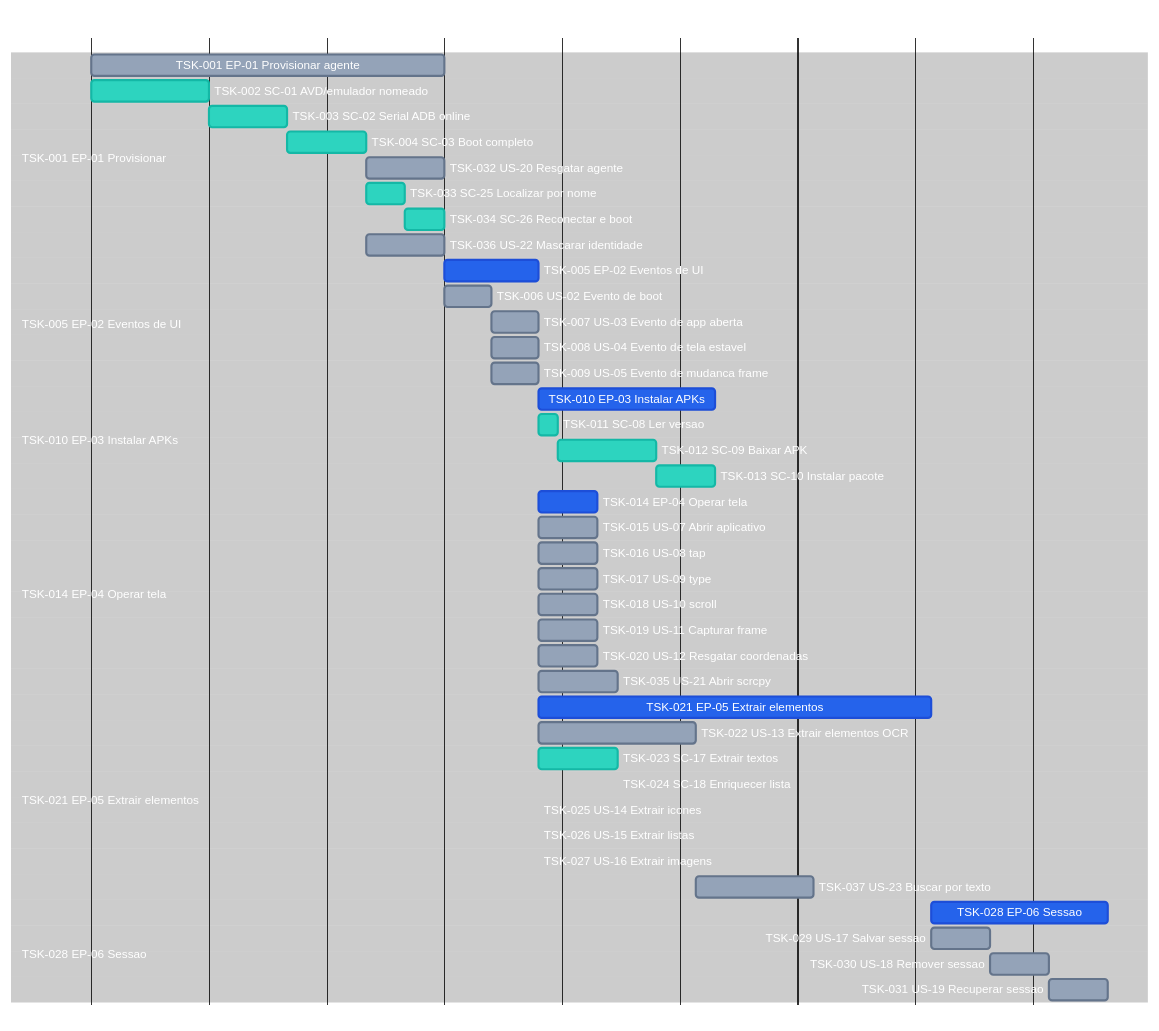
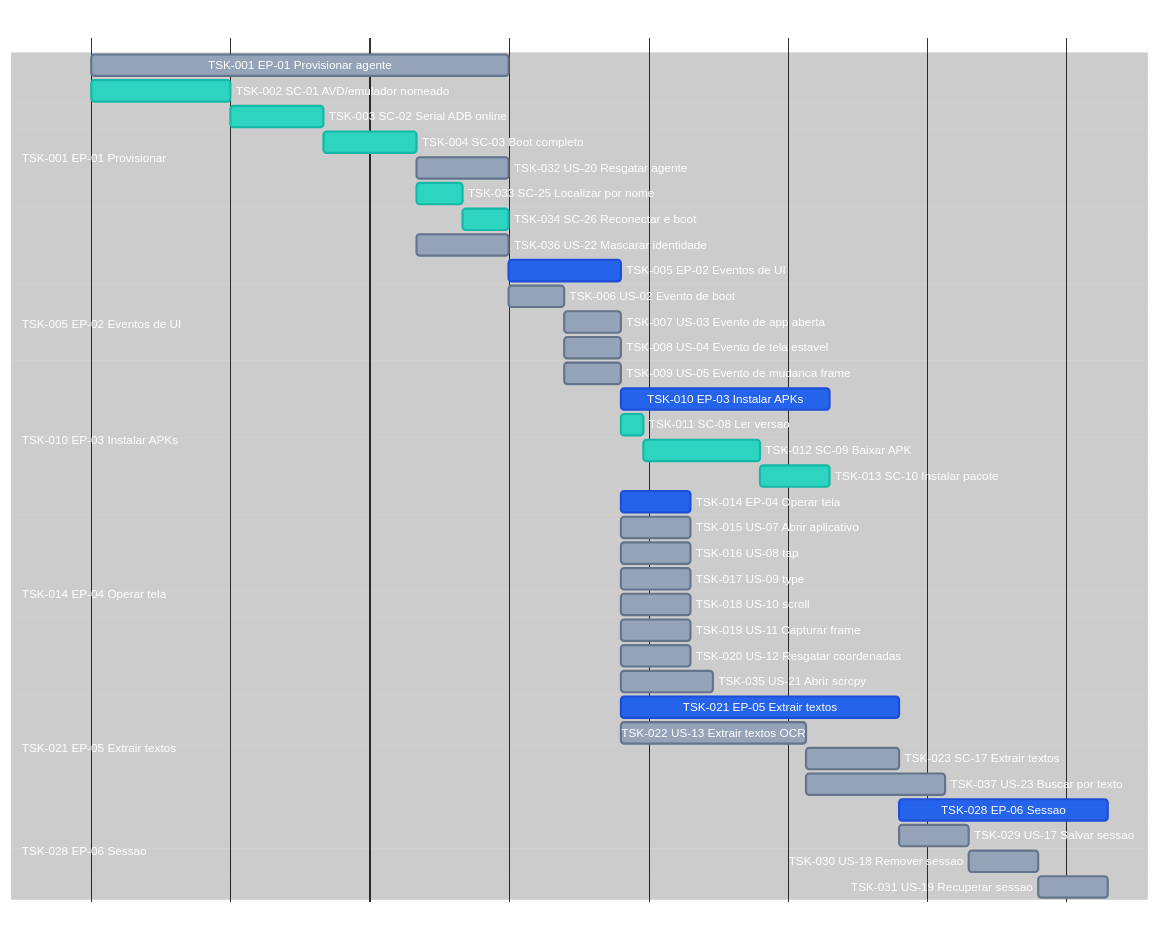
The diagram in screen-robot/7.tasks.md (laerciogermano/workstation), drawn with Mermaid before and after one commit. The commit also changed other lines of this file and 19 other files, not shown here.

First line of the commit message:
Unifica US-13/14/15 em Extrair textos: EP-05 só OCR de textos.

```diff
--- a/screen-robot/7.tasks.md
+++ b/screen-robot/7.tasks.md
@@ -85,14 +85,10 @@
   TSK-020 US-12 Resgatar coordenadas    :tsk20, after tsk09, 15m
   TSK-035 US-21 Abrir scrcpy            :tsk35, after tsk09, 20m
 
-  section TSK-021 EP-05 Extrair elementos
-  TSK-021 EP-05 Extrair elementos       :done, tsk21, after tsk09, 100m
-  TSK-022 US-13 Extrair elementos OCR   :tsk22, after tsk09, 40m
-  TSK-023 SC-17 Extrair textos          :active, tsk23, after tsk09, 20m
-  TSK-024 SC-18 Enriquecer lista        :crit, tsk24, after tsk23, 0m
-  TSK-025 US-14 Extrair icones          :crit, tsk25, after tsk09, 0m
-  TSK-026 US-15 Extrair listas          :crit, tsk26, after tsk09, 0m
-  TSK-027 US-16 Extrair imagens         :crit, tsk27, after tsk09, 0m
+  section TSK-021 EP-05 Extrair textos
+  TSK-021 EP-05 Extrair textos          :done, tsk21, after tsk09, 60m
+  TSK-022 US-13 Extrair textos OCR      :tsk22, after tsk09, 40m
+  TSK-023 SC-17 Extrair textos          :tsk23, after tsk22, 20m
   TSK-037 US-23 Buscar por texto        :tsk37, after tsk22, 30m
 
   section TSK-028 EP-06 Sessao
```
